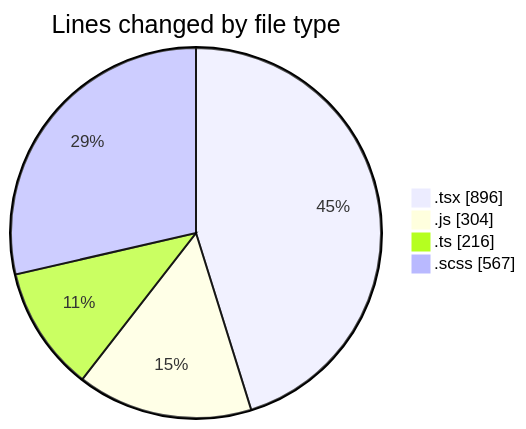
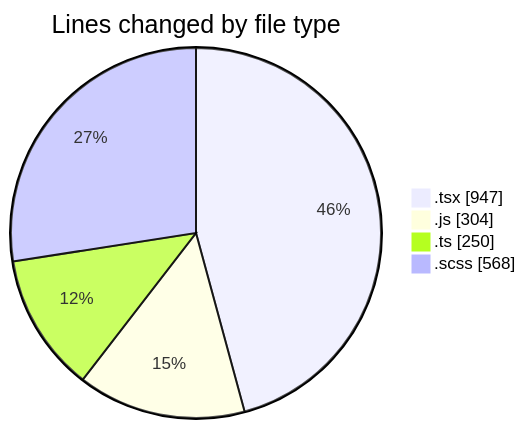
One commit to momahboobian/code-tracking changed the first of 2 diagrams in 2025-02-26/cda/README.md. Above: the diagram before and after it, drawn with Mermaid. The commit also changed other lines of this file and 1 other file, not shown here.

````diff
--- a/2025-02-26/cda/README.md
+++ b/2025-02-26/cda/README.md
@@ -38,8 +40,8 @@
 ```mermaid
 pie showData
 title Lines changed by file type
-".tsx" : 896
+".tsx" : 947
 ".js" : 304
-".ts" : 216
-".scss" : 567
+".ts" : 250
+".scss" : 568
 ```
````
